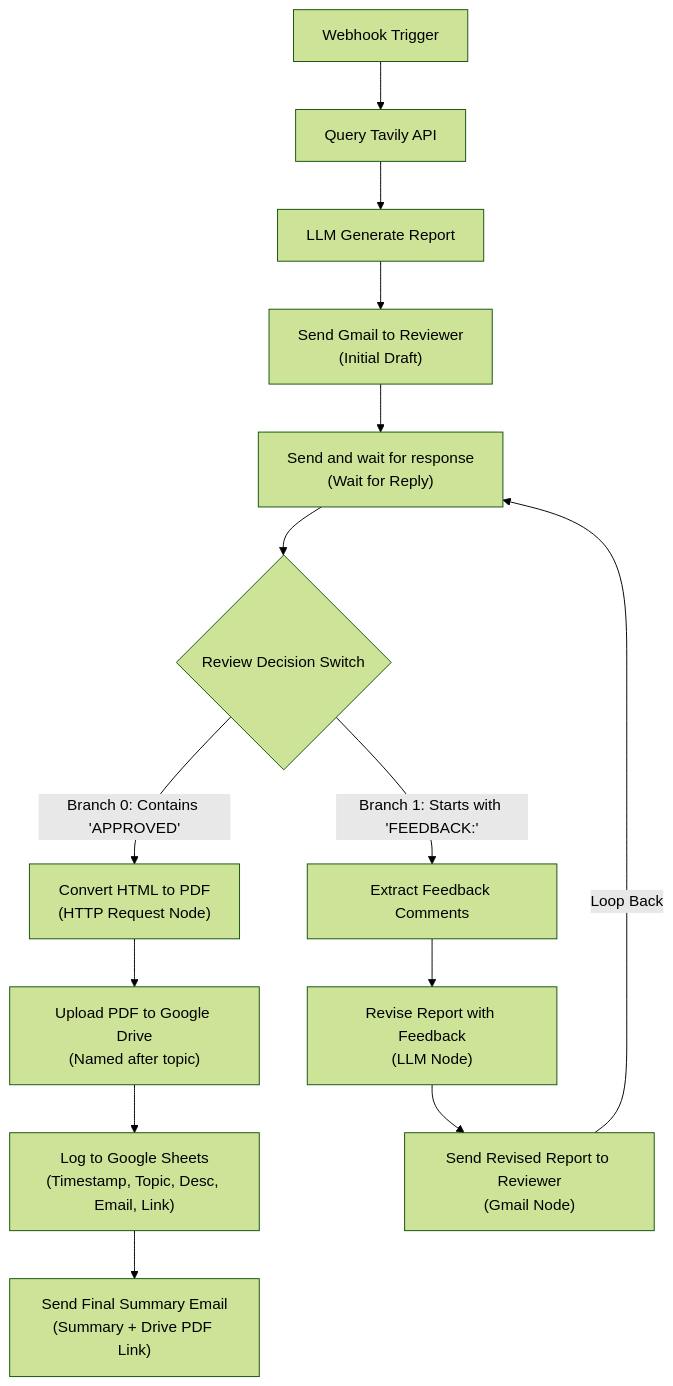
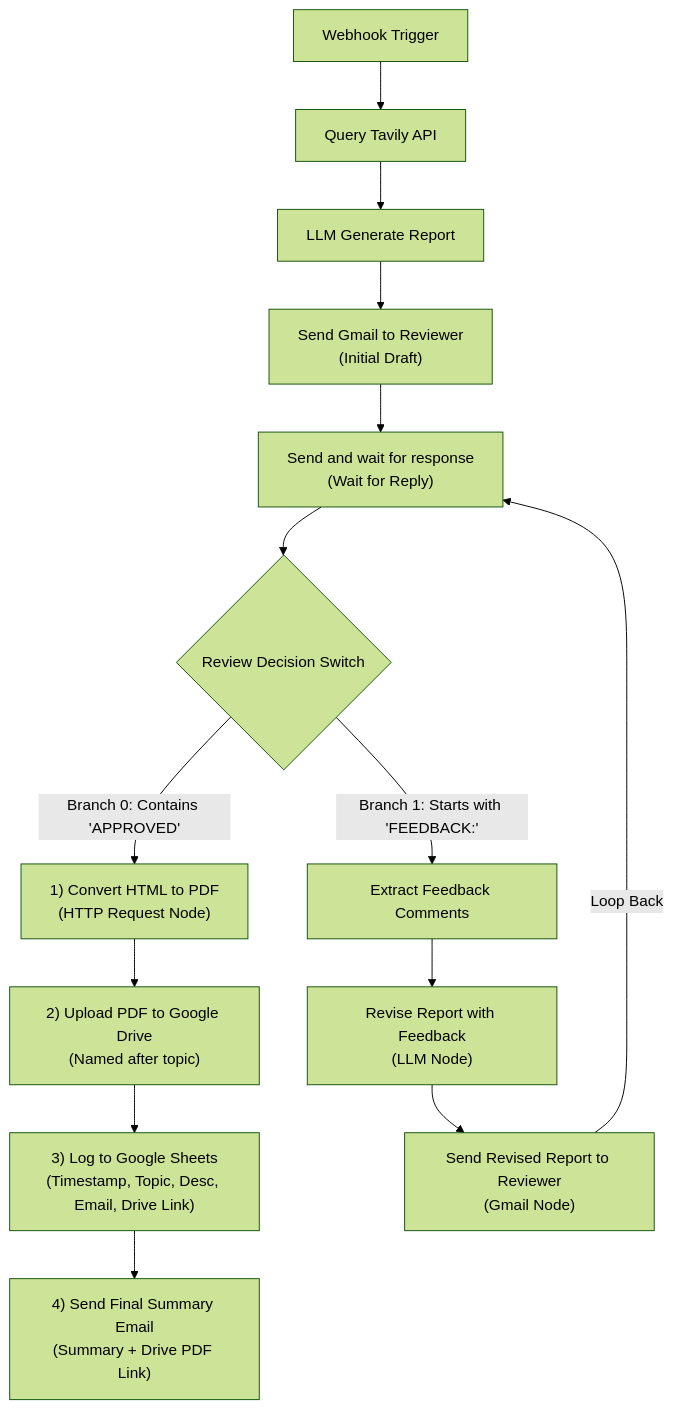
Before and after one commit to Muaz2004/n8n-research-pipeline: the diagram in README.md, drawn with Mermaid (forest theme). The commit also changed other lines of this file and 2 other files, not shown here.

Commit message:
final correction

````diff
--- a/README.md
+++ b/README.md
@@ -41,20 +41,20 @@
 ```mermaid
 flowchart TD
     A["Webhook Trigger"] --> B["Query Tavily API"]
     B --> C["LLM Generate Report"]
     C --> D["Send Gmail to Reviewer<br/>(Initial Draft)"]
     D --> E["Send and wait for response<br/>(Wait for Reply)"]
     E --> F{"Review Decision Switch"}
     
     %% Approval Branch
-    F -->|Branch 0: Contains 'APPROVED'| G["Convert HTML to PDF<br/>(HTTP Request Node)"]
-    G --> H["Upload PDF to Google Drive<br/>(Named after topic)"]
-    H --> I["Log to Google Sheets<br/>(Timestamp, Topic, Desc, Email, Link)"]
-    I --> J["Send Final Summary Email<br/>(Summary + Drive PDF Link)"]
+    F -->|Branch 0: Contains 'APPROVED'| G["1) Convert HTML to PDF<br/>(HTTP Request Node)"]
+    G --> H["2) Upload PDF to Google Drive<br/>(Named after topic)"]
+    H --> I["3) Log to Google Sheets<br/>(Timestamp, Topic, Desc, Email, Drive Link)"]
+    I --> J["4) Send Final Summary Email<br/>(Summary + Drive PDF Link)"]
     
     %% Feedback Branch
     F -->|Branch 1: Starts with 'FEEDBACK:'| K["Extract Feedback Comments"]
     K --> L["Revise Report with Feedback<br/>(LLM Node)"]
     L --> M["Send Revised Report to Reviewer<br/>(Gmail Node)"]
     M -->|Loop Back| E
 ```
````
